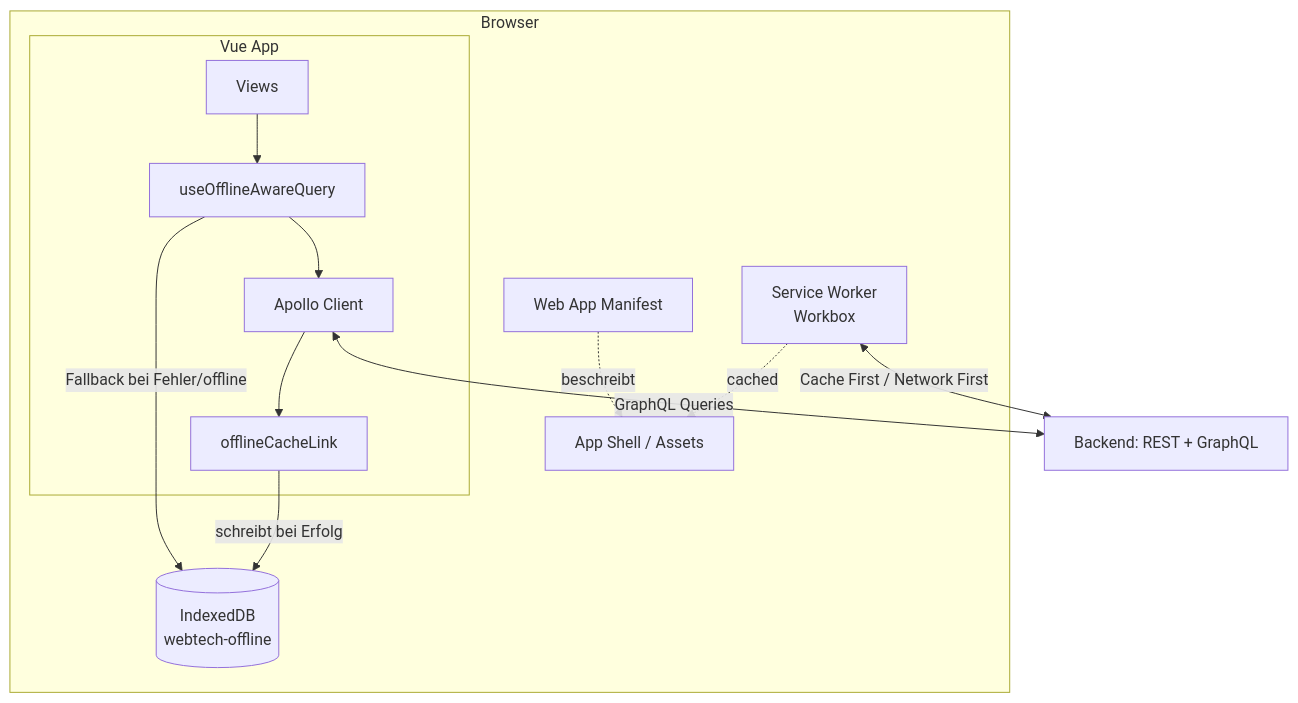
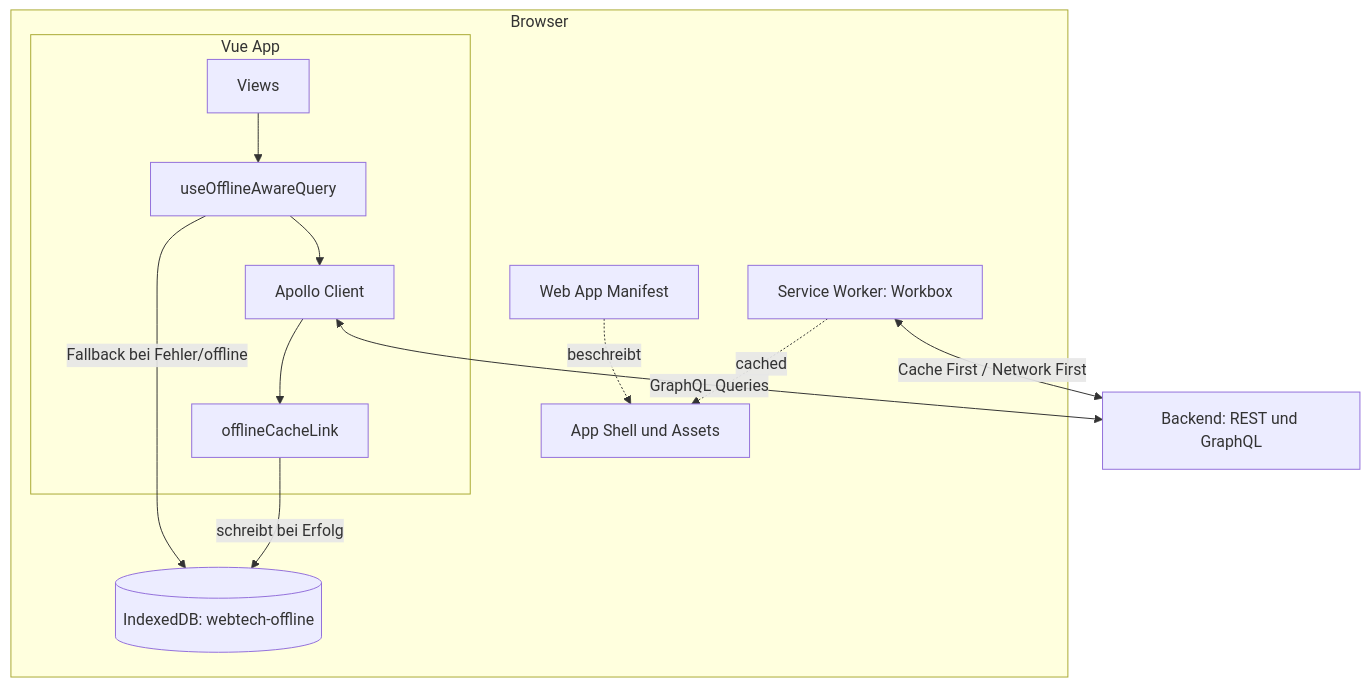
Before and after one commit to LeonS19/WebTechFinaleAbgabe: the first of 2 diagrams in backend/docs/dokumentationen/PWA_Doku.md, drawn with Mermaid. The commit also changed other lines of this file and 4 other files, not shown here.

````diff
--- a/backend/docs/dokumentationen/PWA_Doku.md
+++ b/backend/docs/dokumentationen/PWA_Doku.md
@@ -67,28 +111,28 @@
 ```mermaid
 flowchart TB
     subgraph Browser
-        SW[Service Worker<br/>Workbox]
-        AS[App Shell / Assets]
+        SW[Service Worker: Workbox]
+        AS[App Shell und Assets]
         MF[Web App Manifest]
-        subgraph Vue App
+        subgraph VueApp[Vue App]
             V[Views]
             OQ[useOfflineAwareQuery]
-            AL[Apollo Client]
-            OL[offlineCacheLink]
+            AC[Apollo Client]
+            CL[offlineCacheLink]
         end
-        IDB[(IndexedDB<br/>webtech-offline)]
+        IDB[(IndexedDB: webtech-offline)]
     end
 
-    Server[Backend: REST + GraphQL]
+    Server[Backend: REST und GraphQL]
 
     SW -.cached.-> AS
     MF -.beschreibt.-> AS
     SW <-->|Cache First / Network First| Server
 
     V --> OQ
-    OQ --> AL
-    AL --> OL
-    OL -->|schreibt bei Erfolg| IDB
+    OQ --> AC
+    AC --> CL
+    CL -->|schreibt bei Erfolg| IDB
     OQ -->|Fallback bei Fehler/offline| IDB
-    AL <-->|GraphQL Queries| Server
+    AC <-->|GraphQL Queries| Server
 ```
````
